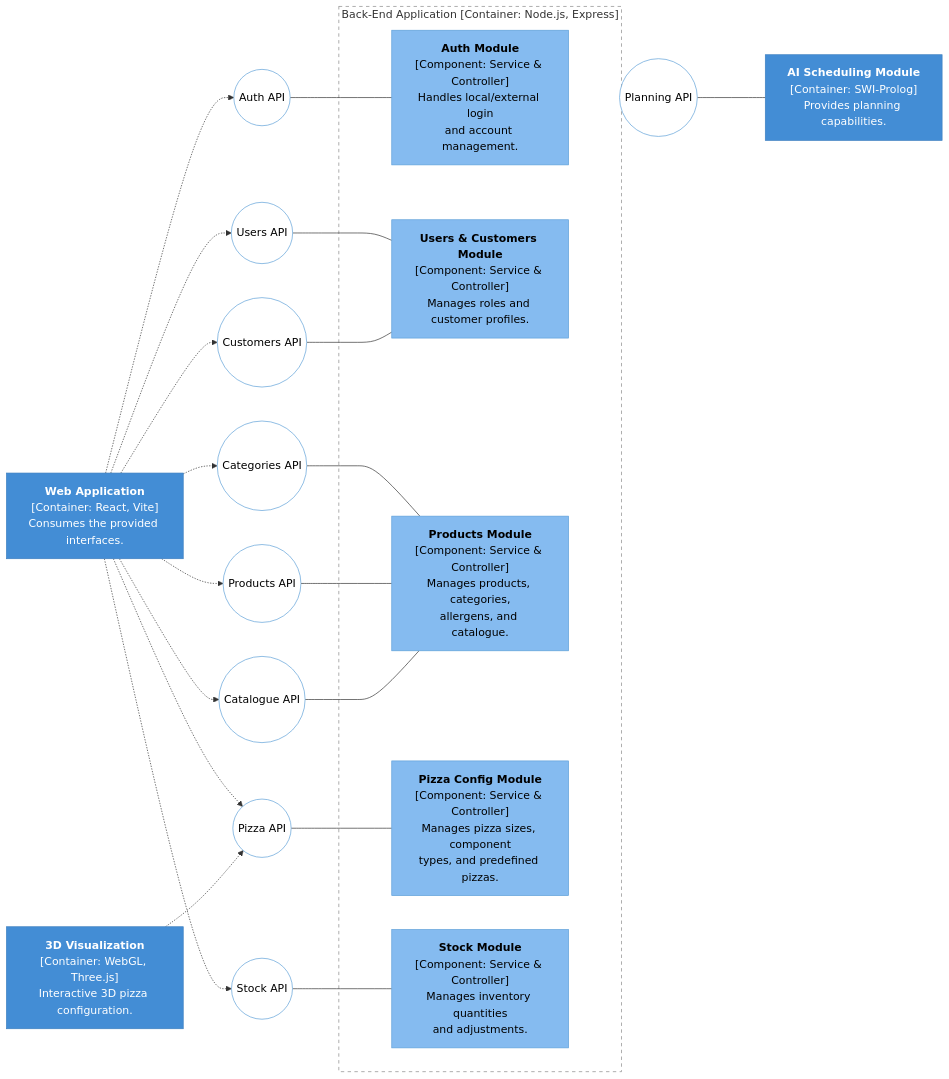
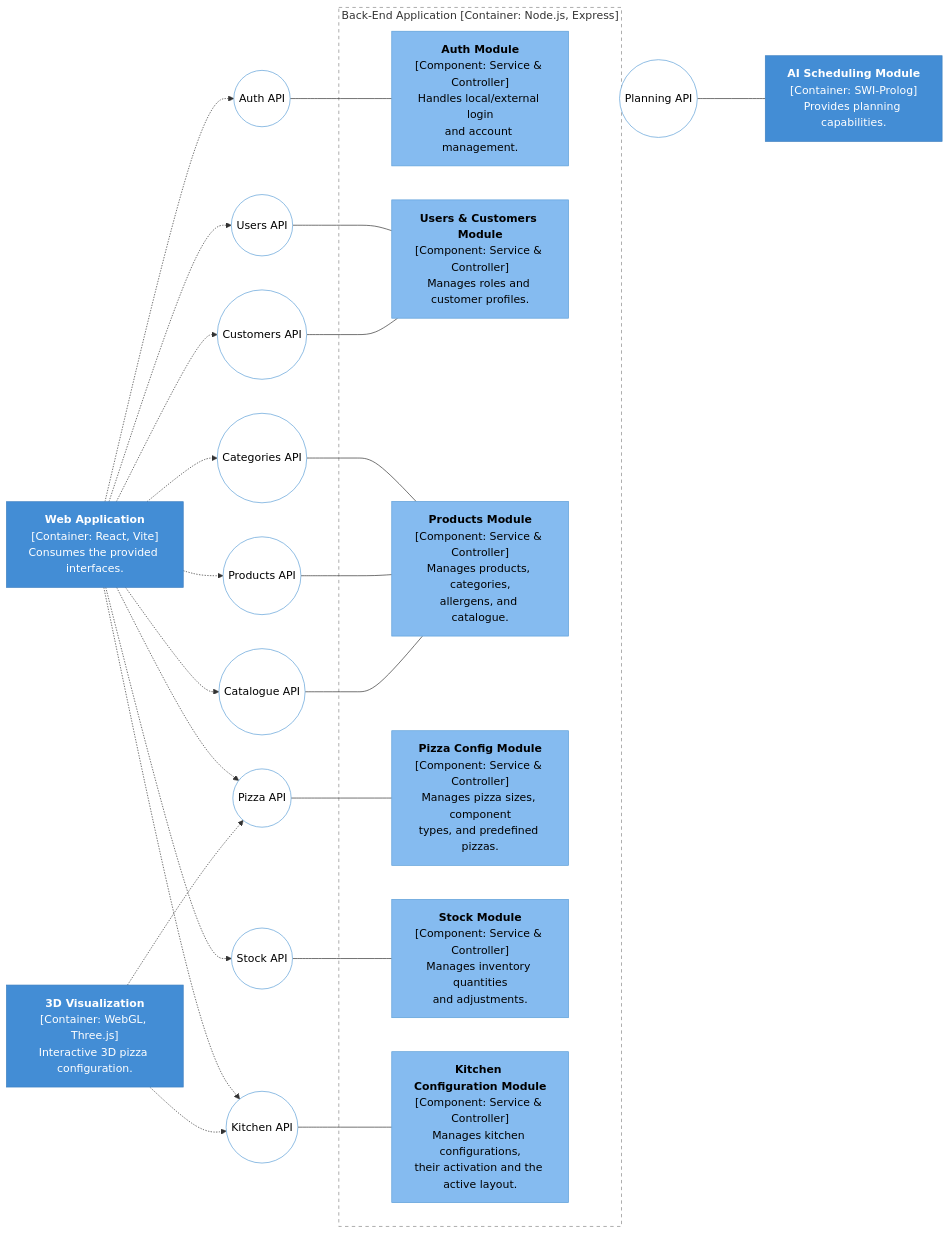
The eighth of 8 diagrams in docs/design/views.md (ivasduarte/laprizza), drawn with Mermaid before and after one commit. The commit also changed other lines of this file and 16 other files, not shown here.

First line of the commit message:
docs(WEB06): add use cases, C4 and SAD documentation for kitchen configuration (#261)

````diff
--- a/docs/design/views.md
+++ b/docs/design/views.md
@@ -457,56 +476,61 @@
 ```mermaid
 flowchart LR
     webApp["<b>Web Application</b><br/>[Container: React, Vite]<br/>Consumes the provided interfaces."]
     viz3d["<b>3D Visualization</b><br/>[Container: WebGL, Three.js]<br/>Interactive 3D pizza configuration."]
 
     IAuth(("Auth API"))
     IUser(("Users API"))
     ICust(("Customers API"))
     ICat(("Categories API"))
     IProd(("Products API"))
     ICatalogue(("Catalogue API"))
     IPizza(("Pizza API"))
     IStock(("Stock API"))
     IPlan(("Planning API"))
+    IKitchen(("Kitchen API"))
 
     subgraph backend["Back-End Application [Container: Node.js, Express]"]
         AuthMod["<b>Auth Module</b><br/>[Component: Service & Controller]<br/>Handles local/external login<br/>and account management."]
         UsersMod["<b>Users & Customers Module</b><br/>[Component: Service & Controller]<br/>Manages roles and customer profiles."]
         ProdMod["<b>Products Module</b><br/>[Component: Service & Controller]<br/>Manages products, categories,<br/>allergens, and catalogue."]
         PizzaMod["<b>Pizza Config Module</b><br/>[Component: Service & Controller]<br/>Manages pizza sizes, component<br/>types, and predefined pizzas."]
         StockMod["<b>Stock Module</b><br/>[Component: Service & Controller]<br/>Manages inventory quantities<br/>and adjustments."]
+        KitchenMod["<b>Kitchen Configuration Module</b><br/>[Component: Service & Controller]<br/>Manages kitchen configurations,<br/>their activation and the active layout."]
     end
 
     ai["<b>AI Scheduling Module</b><br/>[Container: SWI-Prolog]<br/>Provides planning capabilities."]
 
     IAuth o--- AuthMod
     IUser o--- UsersMod
     ICust o--- UsersMod
     ICat o--- ProdMod
     IProd o--- ProdMod
     ICatalogue o--- ProdMod
     IPizza o--- PizzaMod
     IStock o--- StockMod
+    IKitchen o--- KitchenMod
     IPlan o--- ai
 
     webApp -.-> IAuth
     webApp -.-> IUser
     webApp -.-> ICust
     webApp -.-> ICat
     webApp -.-> IProd
     webApp -.-> IPizza
     webApp -.-> IStock
+    webApp -.-> IKitchen
     webApp -.-> ICatalogue
     viz3d -.-> IPizza
+    viz3d -.-> IKitchen
     backend -.-> IPlan
 
     classDef person fill:#08427b,stroke:#073b6f,color:#fff
     classDef container fill:#438dd5,stroke:#3c7fc0,color:#fff
     classDef component fill:#85bbf0,stroke:#5d9fd8,color:#000
     classDef iface fill:#fff,stroke:#5d9fd8,color:#000
 
     class webApp,viz3d,ai container
-    class AuthMod,UsersMod,ProdMod,PizzaMod,StockMod component
-    class IAuth,IUser,ICust,ICat,IProd,ICatalogue,IPizza,IStock,IPlan iface
+    class AuthMod,UsersMod,ProdMod,PizzaMod,StockMod,KitchenMod component
+    class IAuth,IUser,ICust,ICat,IProd,ICatalogue,IPizza,IStock,IPlan,IKitchen iface
     style backend fill:none,stroke:#888,stroke-dasharray:5 5
 ```
````
